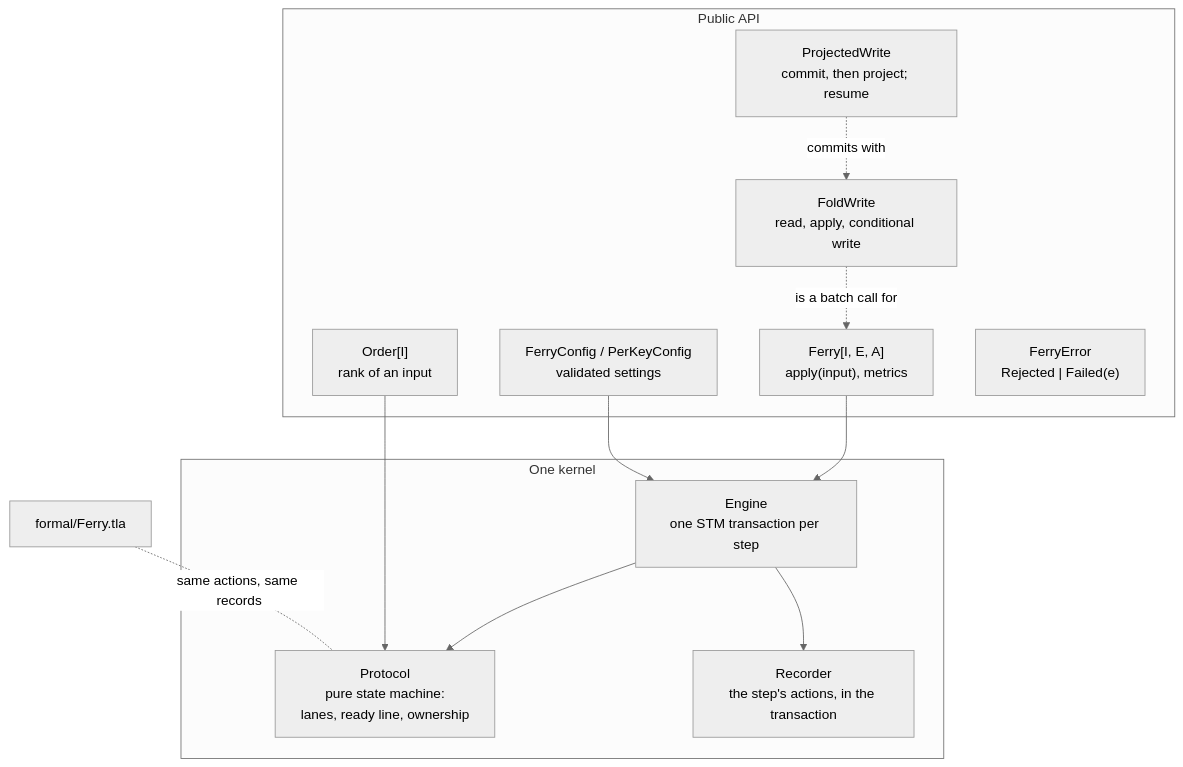
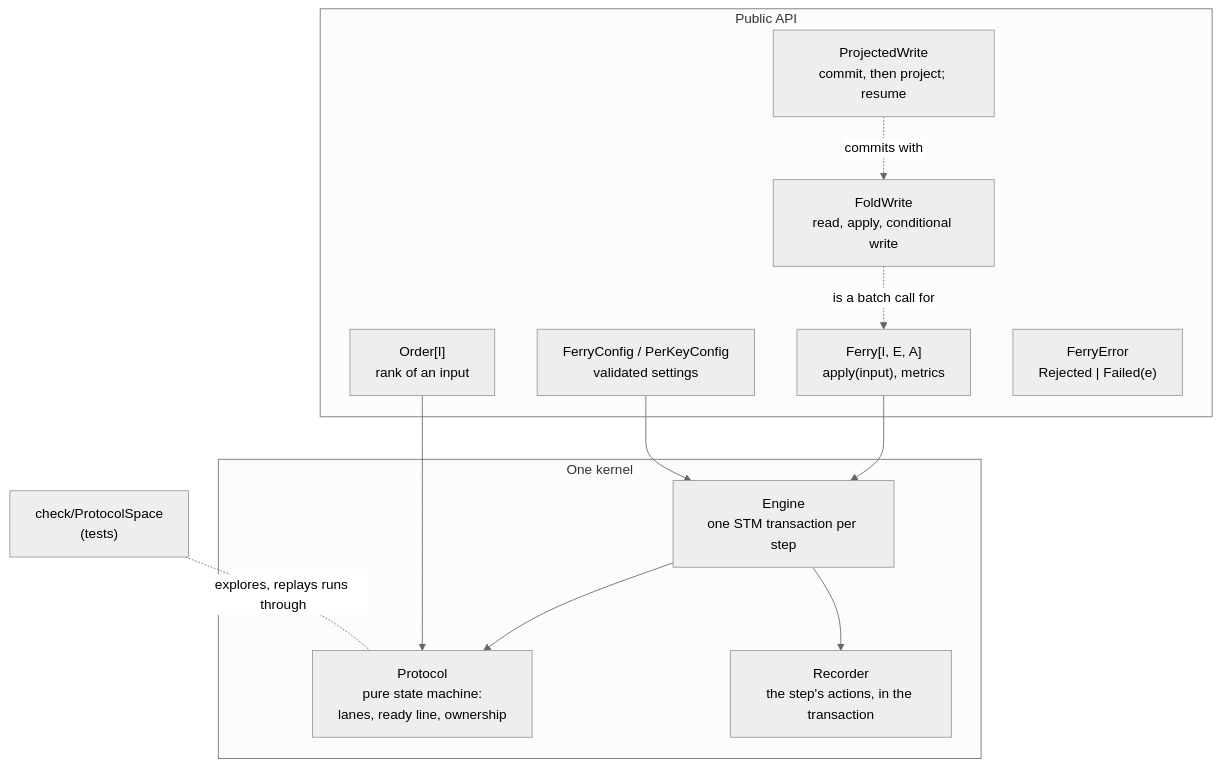
The diagram in docs/architecture/index.md (EtaCassiopeia/zio-ferry), drawn with Mermaid (neutral theme) before and after one commit. The commit also changed other lines of this file and 8 other files, not shown here.

````diff
--- a/docs/architecture/index.md
+++ b/docs/architecture/index.md
@@ -22,21 +22,21 @@
 ```mermaid
 flowchart TB
   subgraph api [Public API]
     BD["Ferry[I, E, A]<br/>apply(input), metrics"]
     CFG["FerryConfig / PerKeyConfig<br/>validated settings"]
     ORD["Order[I]<br/>rank of an input"]
     FW["FoldWrite<br/>read, apply, conditional write"]
     PW["ProjectedWrite<br/>commit, then project; resume"]
     ERR["FerryError<br/>Rejected | Failed(e)"]
   end
   subgraph core [One kernel]
     E["Engine<br/>one STM transaction per step"] --> P["Protocol<br/>pure state machine:<br/>lanes, ready line, ownership"]
     E --> R["Recorder<br/>the step's actions, in the transaction"]
   end
   BD --> E
   CFG --> E
   ORD --> P
   FW -. "is a batch call for" .-> BD
   PW -. "commits with" .-> FW
-  M["formal/Ferry.tla"] -. "same actions, same records" .- P
+  X["check/ProtocolSpace<br/>(tests)"] -. "explores, replays runs through" .- P
 ```
````
